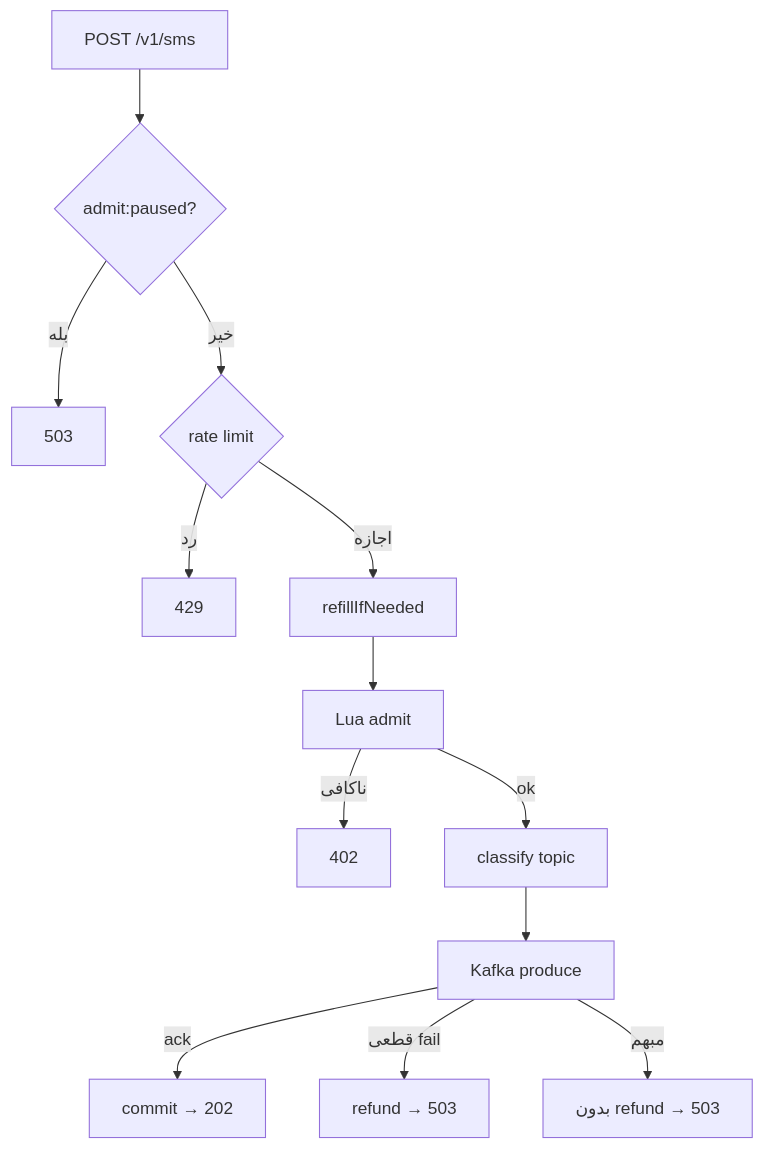
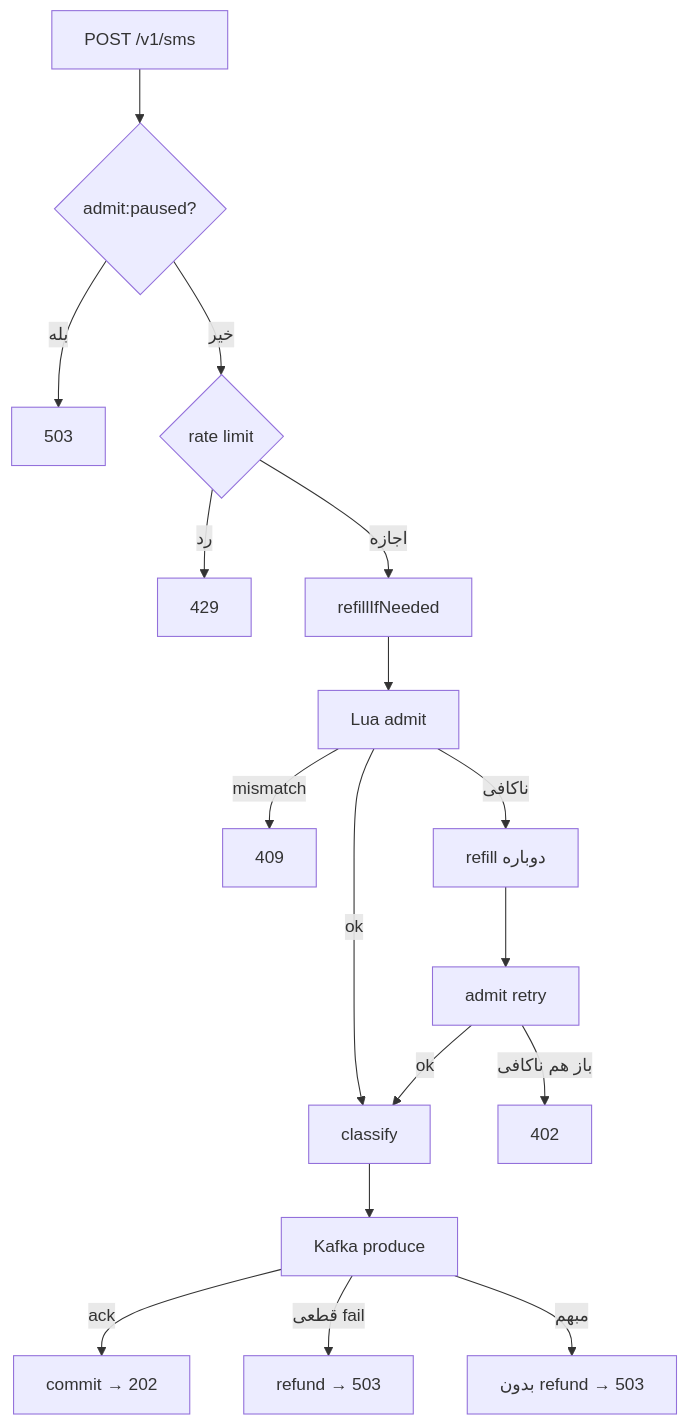
Before and after one commit to miladadli/PulseGate: the third of 4 diagrams in docs/ARCHITECTURE.fa.md, drawn with Mermaid. The commit also changed other lines of this file and 11 other files, not shown here.

First line of the commit message:
fix sms lookup, reconciler ttl handling, and architecture diagrams

````diff
--- a/docs/ARCHITECTURE.fa.md
+++ b/docs/ARCHITECTURE.fa.md
@@ -109,15 +109,19 @@
 ```mermaid
 flowchart TD
   A["POST /v1/sms"] --> B{"admit:paused?"}
   B -->|بله| B1["503"]
   B -->|خیر| C{"rate limit"}
   C -->|رد| C1["429"]
   C -->|اجازه| D["refillIfNeeded"]
   D --> E["Lua admit"]
-  E -->|ناکافی| F1["402"]
-  E -->|ok| G["classify topic"]
+  E -->|mismatch| E1["409"]
+  E -->|ok| G["classify"]
+  E -->|ناکافی| F["refill دوباره"]
+  F --> E2["admit retry"]
+  E2 -->|ok| G
+  E2 -->|باز هم ناکافی| F1["402"]
   G --> H["Kafka produce"]
   H -->|ack| I["commit → 202"]
   H -->|قطعی fail| K["refund → 503"]
   H -->|مبهم| L["بدون refund → 503"]
 ```
````
